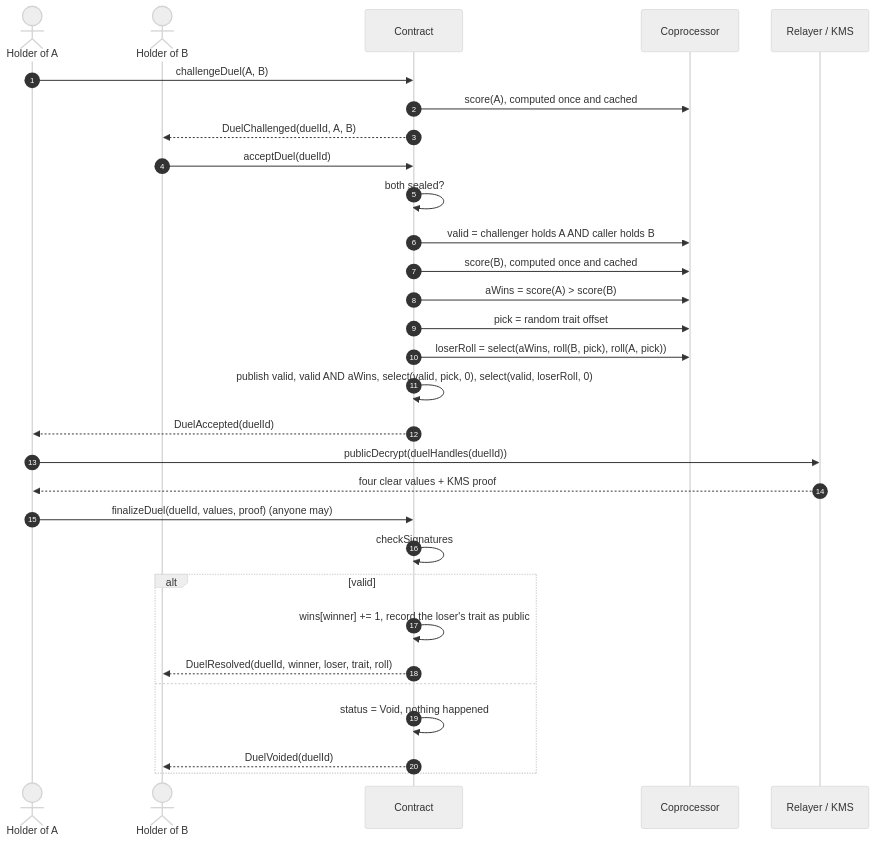
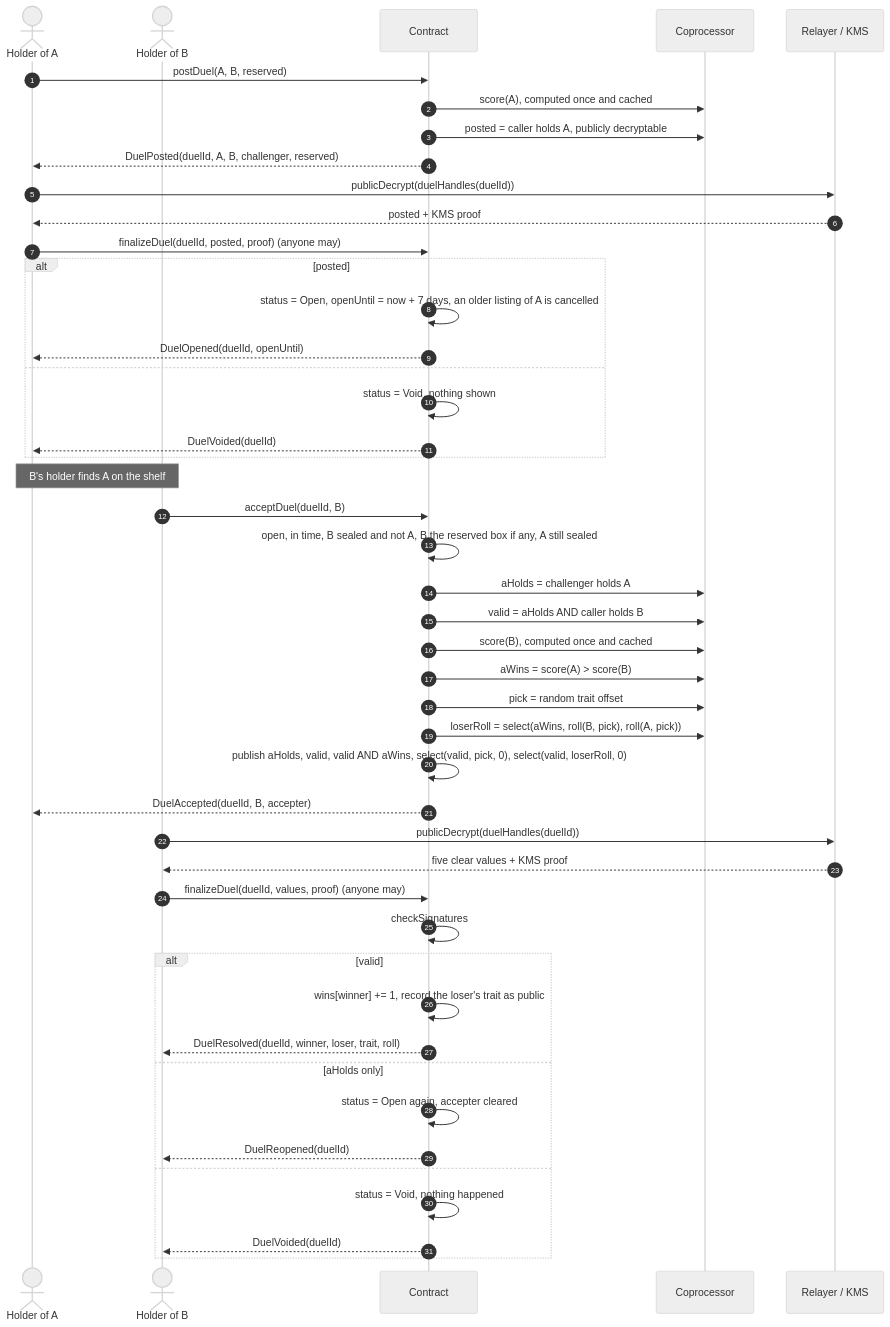
One commit to jecombe/do_not_open changed the ninth of 19 diagrams in docs/FLOWS.md. Above: the diagram before and after it, drawn with Mermaid (neutral theme). The commit also changed other lines of this file and 35 other files, not shown here.

First line of the commit message:
Deploy the duel shelf on Sepolia, and bring the docs along

````diff
--- a/docs/FLOWS.md
+++ b/docs/FLOWS.md
@@ -272,32 +276,48 @@
 ```mermaid
 sequenceDiagram
   autonumber
   actor A as Holder of A
   actor B as Holder of B
   participant C as Contract
   participant Co as Coprocessor
   participant R as Relayer / KMS
-  A->>C: challengeDuel(A, B)
+  A->>C: postDuel(A, B, reserved)
   C->>Co: score(A), computed once and cached
-  C-->>B: DuelChallenged(duelId, A, B)
-  B->>C: acceptDuel(duelId)
-  C->>C: both sealed?
-  C->>Co: valid = challenger holds A AND caller holds B
+  C->>Co: posted = caller holds A, publicly decryptable
+  C-->>A: DuelPosted(duelId, A, B, challenger, reserved)
+  A->>R: publicDecrypt(duelHandles(duelId))
+  R-->>A: posted + KMS proof
+  A->>C: finalizeDuel(duelId, posted, proof) (anyone may)
+  alt posted
+    C->>C: status = Open, openUntil = now + 7 days, an older listing of A is cancelled
+    C-->>A: DuelOpened(duelId, openUntil)
+  else
+    C->>C: status = Void, nothing shown
+    C-->>A: DuelVoided(duelId)
+  end
+  Note over A,B: B's holder finds A on the shelf
+  B->>C: acceptDuel(duelId, B)
+  C->>C: open, in time, B sealed and not A, B the reserved box if any, A still sealed
+  C->>Co: aHolds = challenger holds A
+  C->>Co: valid = aHolds AND caller holds B
   C->>Co: score(B), computed once and cached
   C->>Co: aWins = score(A) > score(B)
   C->>Co: pick = random trait offset
   C->>Co: loserRoll = select(aWins, roll(B, pick), roll(A, pick))
-  C->>C: publish valid, valid AND aWins, select(valid, pick, 0), select(valid, loserRoll, 0)
-  C-->>A: DuelAccepted(duelId)
-  A->>R: publicDecrypt(duelHandles(duelId))
-  R-->>A: four clear values + KMS proof
-  A->>C: finalizeDuel(duelId, values, proof) (anyone may)
+  C->>C: publish aHolds, valid, valid AND aWins, select(valid, pick, 0), select(valid, loserRoll, 0)
+  C-->>A: DuelAccepted(duelId, B, accepter)
+  B->>R: publicDecrypt(duelHandles(duelId))
+  R-->>B: five clear values + KMS proof
+  B->>C: finalizeDuel(duelId, values, proof) (anyone may)
   C->>C: checkSignatures
   alt valid
     C->>C: wins[winner] += 1, record the loser's trait as public
     C-->>B: DuelResolved(duelId, winner, loser, trait, roll)
+  else aHolds only
+    C->>C: status = Open again, accepter cleared
+    C-->>B: DuelReopened(duelId)
   else
     C->>C: status = Void, nothing happened
     C-->>B: DuelVoided(duelId)
   end
 ```
````
